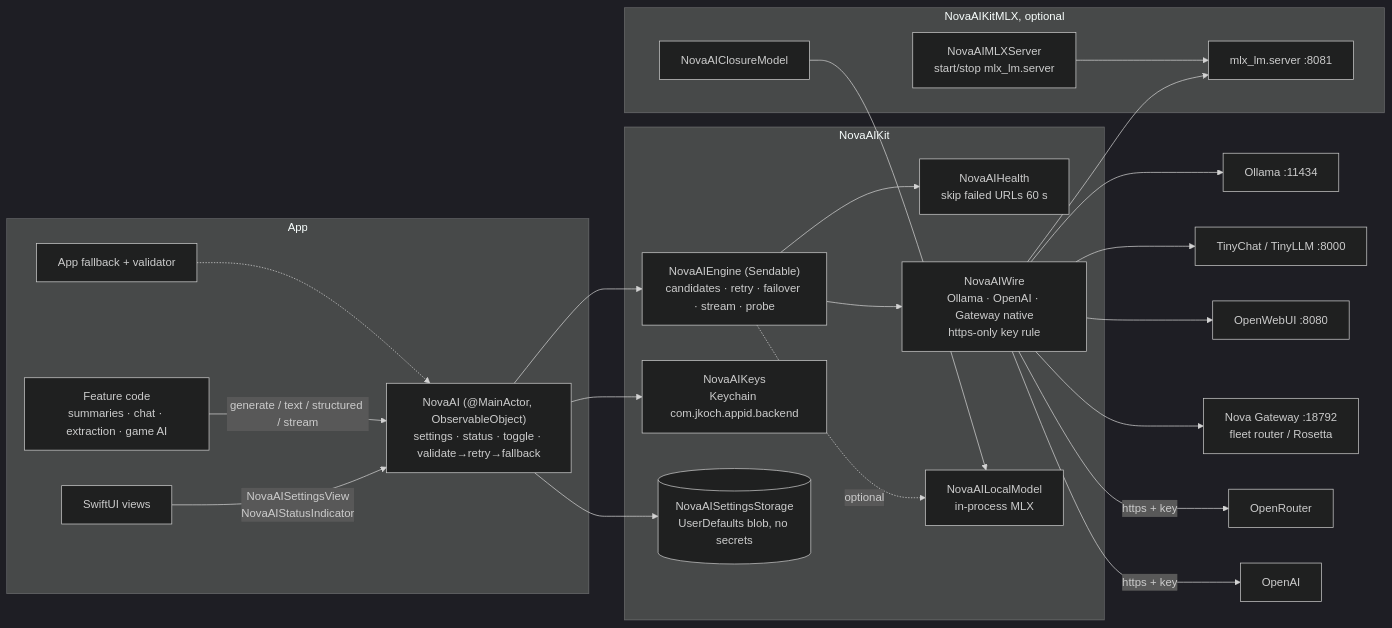
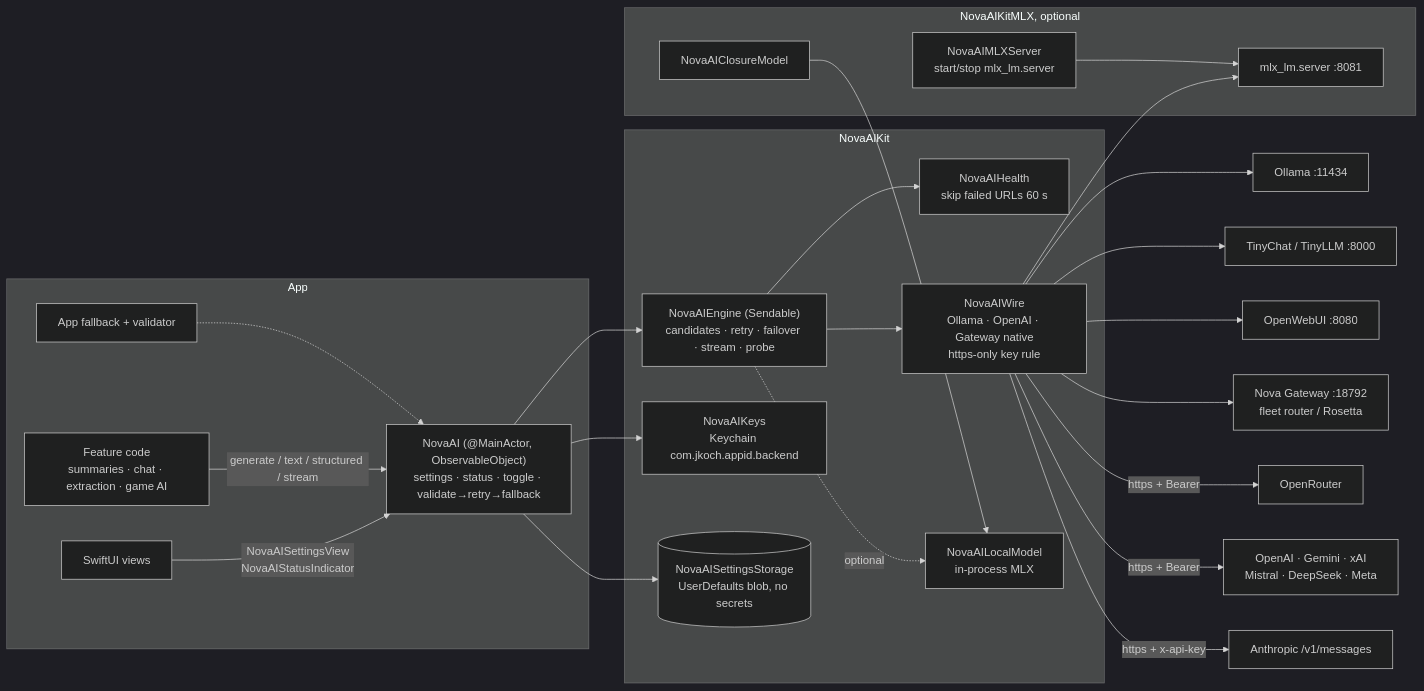
One commit to kochj23/NovaAIKit changed the first of 3 diagrams in README.md. Above: the diagram before and after it, drawn with Mermaid (dark theme). The commit also changed other lines of this file and 19 other files, not shown here.

````diff
--- a/README.md
+++ b/README.md
@@ -39,28 +41,29 @@
 ```mermaid
 flowchart LR
     subgraph App
         V[SwiftUI views] -->|NovaAISettingsView<br/>NovaAIStatusIndicator| AI
         F[Feature code<br/>summaries · chat · extraction · game AI] -->|generate / text / structured / stream| AI
         FB[App fallback + validator] -.-> AI
     end
     subgraph NovaAIKit
         AI["NovaAI (@MainActor, ObservableObject)<br/>settings · status · toggle · validate→retry→fallback"]
         AI --> E["NovaAIEngine (Sendable)<br/>candidates · retry · failover · stream · probe"]
         AI --> K["NovaAIKeys<br/>Keychain com.jkoch.appid.backend"]
         AI --> S[(NovaAISettingsStorage<br/>UserDefaults blob, no secrets)]
         E --> H[NovaAIHealth<br/>skip failed URLs 60 s]
         E --> W["NovaAIWire<br/>Ollama · OpenAI · Gateway native<br/>https-only key rule"]
         E -.->|optional| L[NovaAILocalModel<br/>in-process MLX]
     end
     W --> O[Ollama :11434]
     W --> M[mlx_lm.server :8081]
     W --> T[TinyChat / TinyLLM :8000]
     W --> OW[OpenWebUI :8080]
     W --> G[Nova Gateway :18792<br/>fleet router / Rosetta]
-    W -->|https + key| OR[OpenRouter]
-    W -->|https + key| OA[OpenAI]
+    W -->|https + Bearer| OR[OpenRouter]
+    W -->|https + Bearer| OC["OpenAI · Gemini · xAI<br/>Mistral · DeepSeek · Meta"]
+    W -->|https + x-api-key| AN[Anthropic /v1/messages]
     subgraph NovaAIKitMLX [NovaAIKitMLX, optional]
         MS[NovaAIMLXServer<br/>start/stop mlx_lm.server] --> M
         CM[NovaAIClosureModel] --> L
     end
 ```
````
